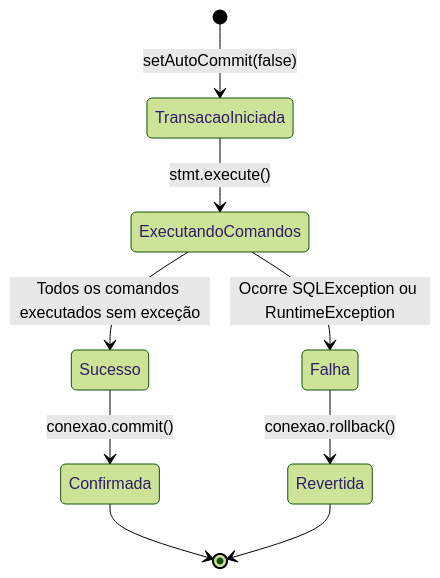
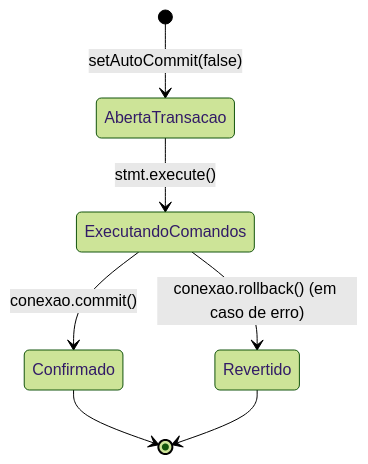
One commit to murilolol/unifef changed the tenth of 18 diagrams in 3º Semestre/[Prof. Jefferson Passerini] Laboratório de Programação III/Resumos-IA/Simulados-Comentados.md. Above: the diagram before and after it, drawn with Mermaid (forest theme). The commit also changed other lines of this file and 25 other files, not shown here.

````diff
--- a/3º Semestre/[Prof. Jefferson Passerini] Laboratório de Programação III/Resumos-IA/Simulados-Comentados.md
+++ b/3º Semestre/[Prof. Jefferson Passerini] Laboratório de Programação III/Resumos-IA/Simulados-Comentados.md
@@ -806,11 +478,9 @@
 ```mermaid
 stateDiagram-v2
-  [*] --> TransacaoIniciada : setAutoCommit(false)
-  TransacaoIniciada --> ExecutandoComandos : stmt.execute()
-  ExecutandoComandos --> Sucesso : Todos os comandos executados sem exceção
-  Sucesso --> Confirmada : conexao.commit()
-  ExecutandoComandos --> Falha : Ocorre SQLException ou RuntimeException
-  Falha --> Revertida : conexao.rollback()
-  Confirmada --> [*]
-  Revertida --> [*]
+    [*] --> AbertaTransacao: setAutoCommit(false)
+    AbertaTransacao --> ExecutandoComandos: stmt.execute()
+    ExecutandoComandos --> Confirmado: conexao.commit()
+    ExecutandoComandos --> Revertido: conexao.rollback() (em caso de erro)
+    Confirmado --> [*]
+    Revertido --> [*]
 ```
````
